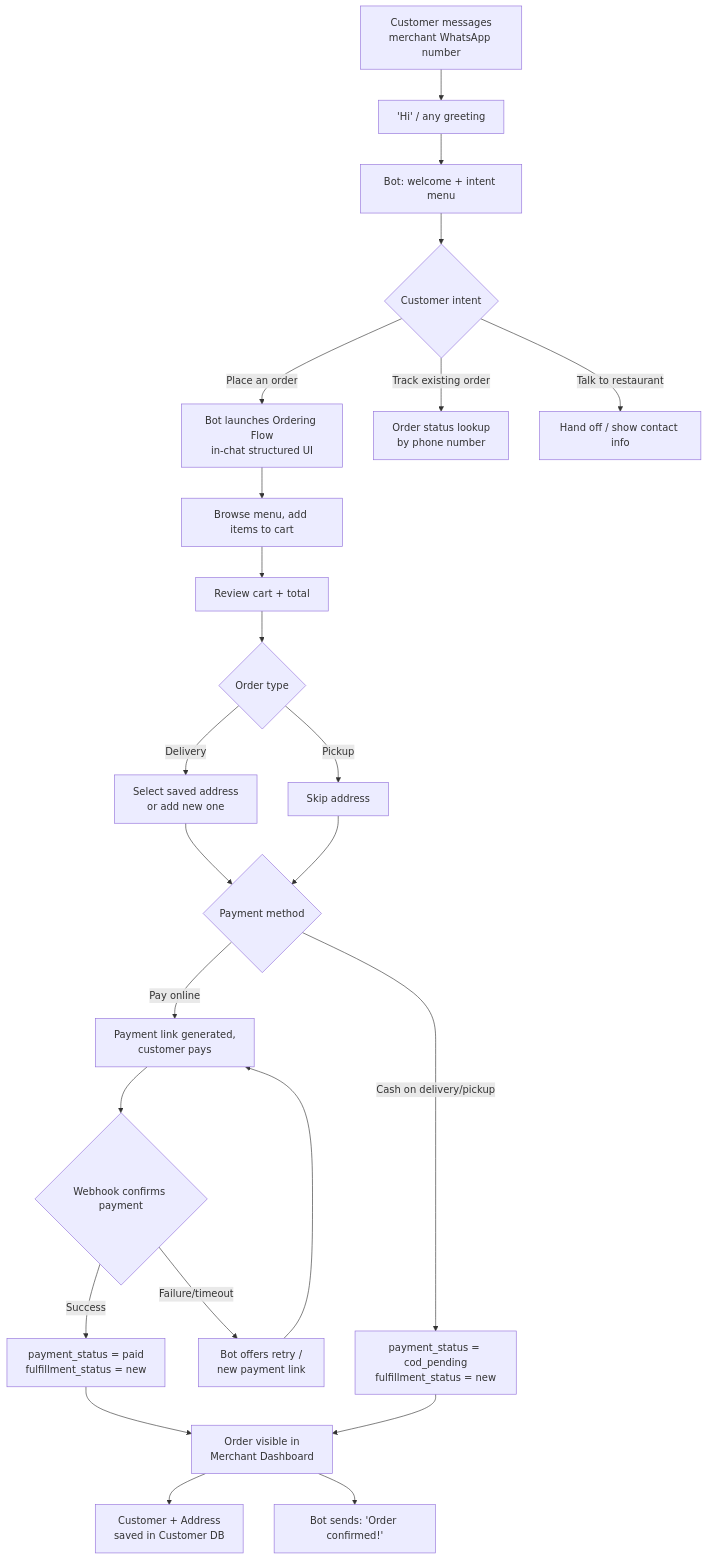
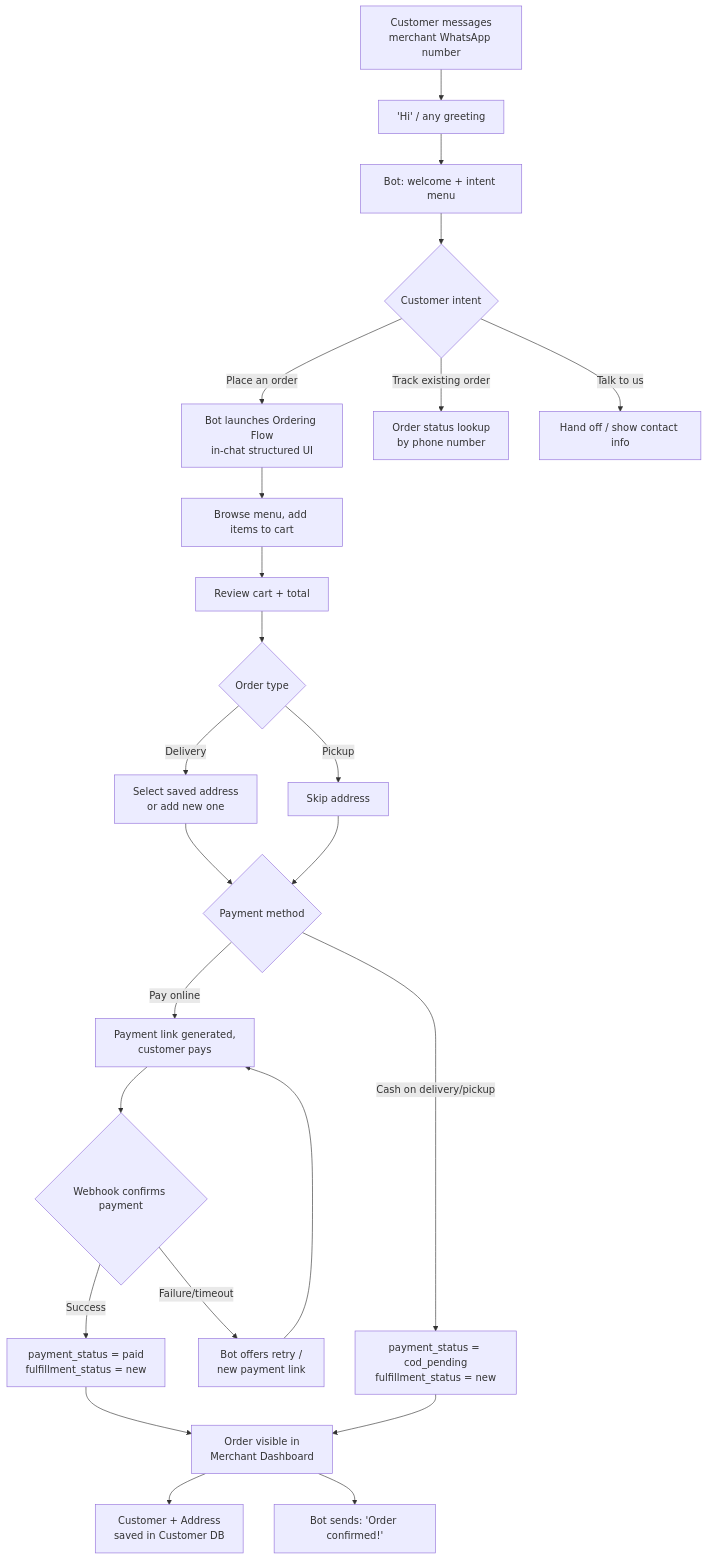
The third of 3 diagrams in ARCHITECTURE.md (itsjayanth/orderflow), drawn with Mermaid before and after one commit. The commit also changed other lines of this file and 3 other files, not shown here.

First line of the commit message:
docs: update architecture and product docs for vertical-agnostic renames

````diff
--- a/ARCHITECTURE.md
+++ b/ARCHITECTURE.md
@@ -331,26 +333,26 @@
 ```mermaid
 flowchart TD
     A[Customer messages<br/>merchant WhatsApp number] --> B["'Hi' / any greeting"]
     B --> C[Bot: welcome + intent menu]
     C --> D{Customer intent}
     D -- Place an order --> E[Bot launches Ordering Flow<br/>in-chat structured UI]
     D -- Track existing order --> T[Order status lookup<br/>by phone number]
-    D -- Talk to restaurant --> H[Hand off / show contact info]
+    D -- Talk to us --> H[Hand off / show contact info]
     E --> F[Browse menu, add items to cart]
     F --> G[Review cart + total]
     G --> I{Order type}
     I -- Delivery --> J[Select saved address<br/>or add new one]
     I -- Pickup --> K[Skip address]
     J --> L{Payment method}
     K --> L
     L -- Pay online --> M[Payment link generated,<br/>customer pays]
     L -- Cash on delivery/pickup --> N["payment_status = cod_pending<br/>fulfillment_status = new"]
     M --> Ov{Webhook confirms payment}
     Ov -- Success --> P["payment_status = paid<br/>fulfillment_status = new"]
     Ov -- Failure/timeout --> Q[Bot offers retry /<br/>new payment link]
     Q --> M
     P --> R[Order visible in<br/>Merchant Dashboard]
     N --> R
     R --> S[Customer + Address<br/>saved in Customer DB]
     R --> U["Bot sends: 'Order confirmed!'"]
 ```
````
